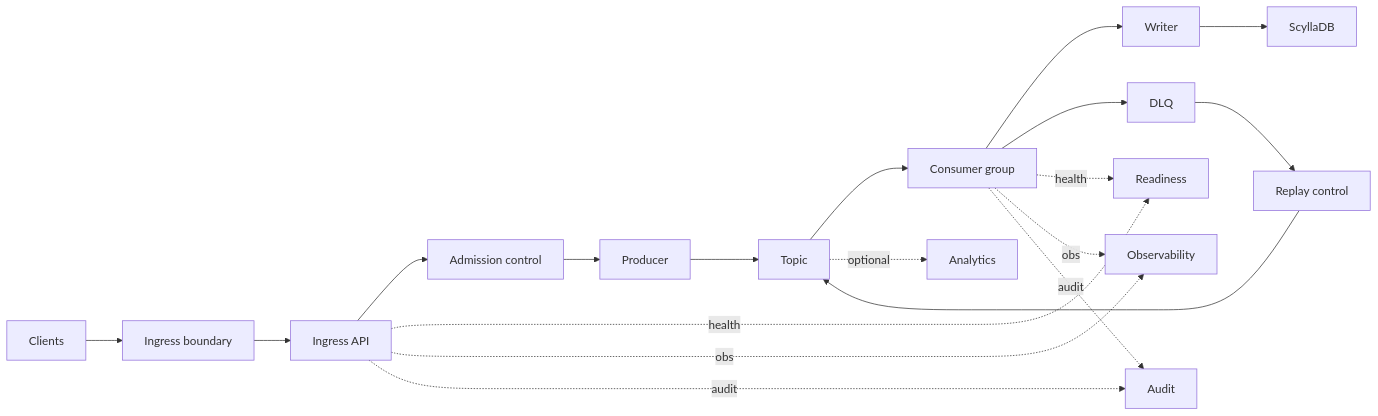
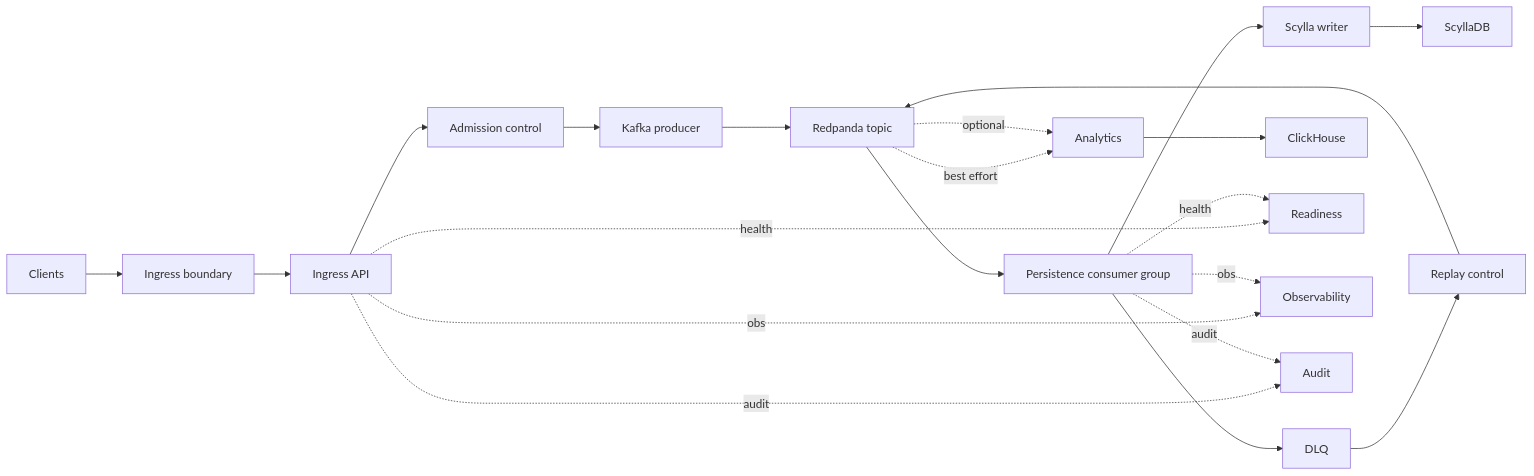
The fifth of 8 diagrams in event-ingestion-pipeline/v1/README.md (settorka/data-eng-monorepo), drawn with Mermaid before and after one commit. The commit also changed other lines of this file and 1 other file, not shown here.

````diff
--- a/event-ingestion-pipeline/v1/README.md
+++ b/event-ingestion-pipeline/v1/README.md
@@ -249,21 +309,23 @@
 ```mermaid
 flowchart LR
     Client["Clients"] --> Boundary["Ingress boundary"]
     Boundary --> API["Ingress API"]
     API --> Admit["Admission control"]
-    Admit --> Producer["Producer"]
-    Producer --> Topic["Topic"]
-    Topic --> Consumer["Consumer group"]
-    Consumer --> Writer["Writer"]
+    Admit --> Producer["Kafka producer"]
+    Producer --> Topic["Redpanda topic"]
+    Topic --> Consumer["Persistence consumer group"]
+    Consumer --> Writer["Scylla writer"]
     Writer --> Scylla["ScyllaDB"]
     Consumer --> DLQ["DLQ"]
     DLQ --> Replay["Replay control"]
     Replay --> Topic
+    Topic -.best effort.-> Analytics["ClickHouse consumer"]
+    Analytics --> ClickHouse["ClickHouse"]
     API -.health.-> Ready["Readiness"]
     Consumer -.health.-> Ready
     API -.obs.-> Obs["Observability"]
     Consumer -.obs.-> Obs
     API -.audit.-> Audit["Audit"]
     Consumer -.audit.-> Audit
     Topic -.optional.-> Analytics["Analytics"]
 ```
````
